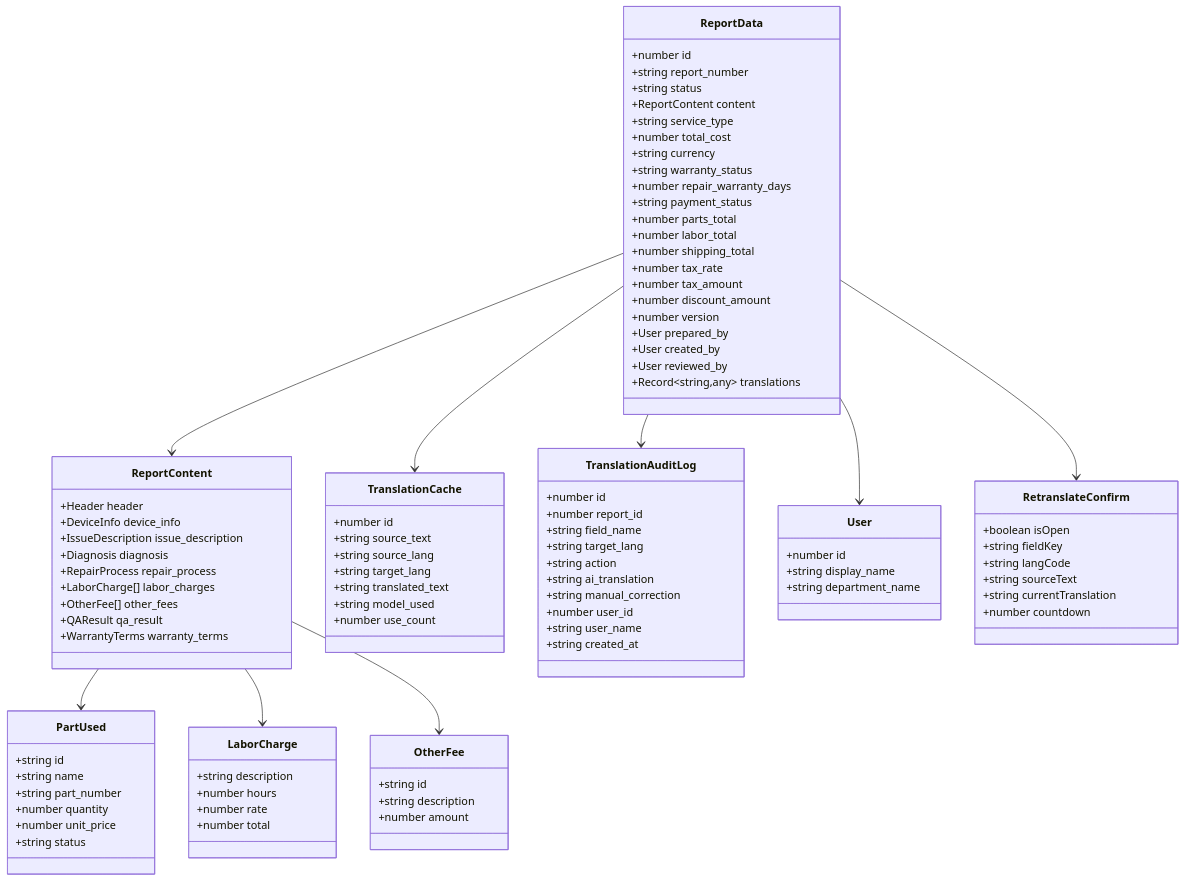
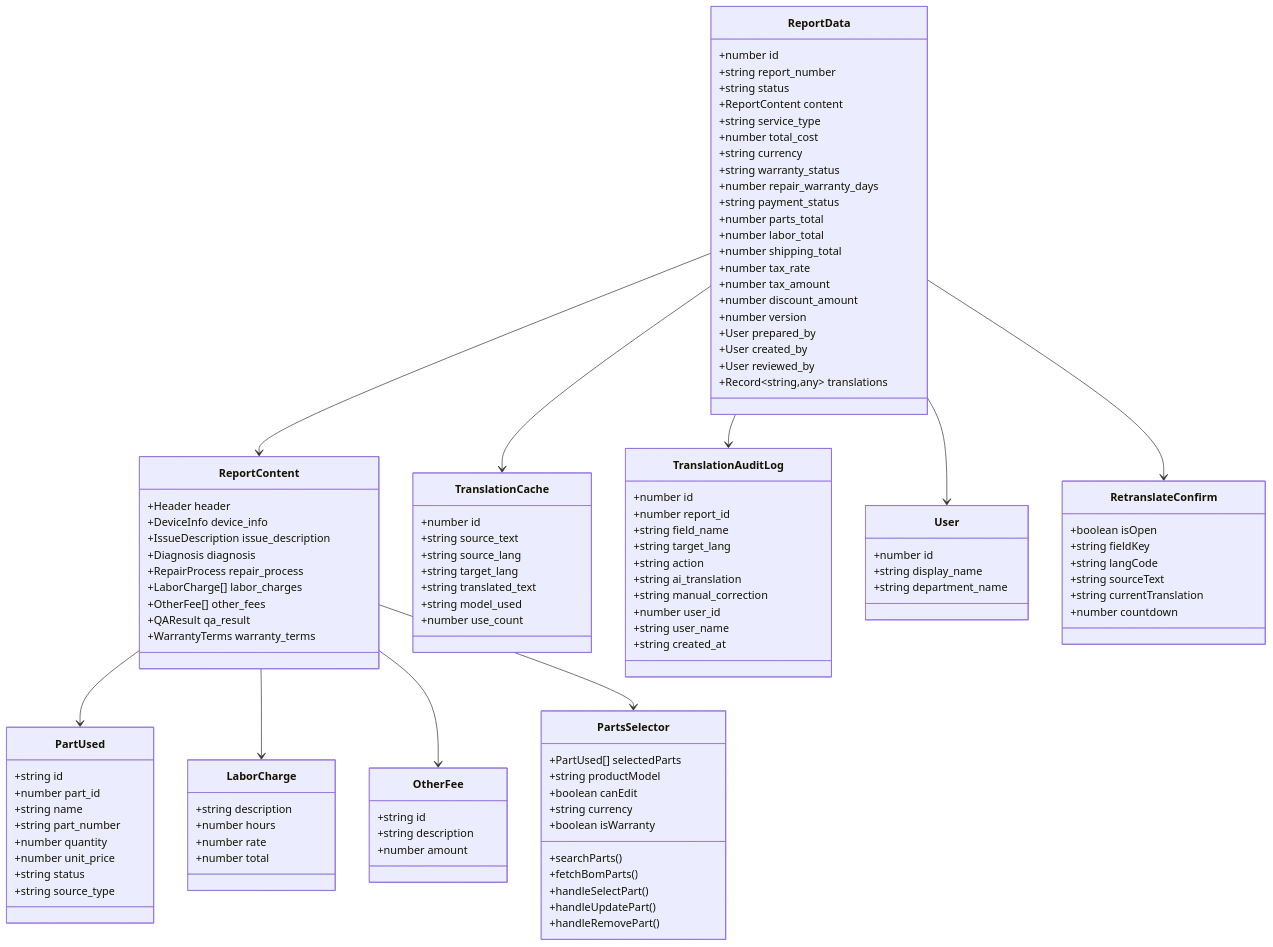
One commit to CubeEdge/Longhorn changed the second of 45 diagrams in .qoder/repowiki/zh/content/Repair Report Editor Component.md. Above: the diagram before and after it, drawn with Mermaid. The commit also changed other lines of this file and 28 other files, not shown here.

````diff
--- a/.qoder/repowiki/zh/content/Repair Report Editor Component.md
+++ b/.qoder/repowiki/zh/content/Repair Report Editor Component.md
@@ -146,11 +173,13 @@
 }
 class PartUsed {
 +string id
++number part_id
 +string name
 +string part_number
 +number quantity
 +number unit_price
 +string status
++string source_type
 }
 class LaborCharge {
 +string description
@@ -197,6 +226,18 @@
 +string currentTranslation
 +number countdown
 }
+class PartsSelector {
++PartUsed[] selectedParts
++string productModel
++boolean canEdit
++string currency
++boolean isWarranty
++searchParts()
++fetchBomParts()
++handleSelectPart()
++handleUpdatePart()
++handleRemovePart()
+}
 ReportData --> ReportContent
 ReportContent --> PartUsed
 ReportContent --> LaborCharge
@@ -205,4 +246,5 @@
 ReportData --> TranslationAuditLog
 ReportData --> User
 ReportData --> RetranslateConfirm
+ReportContent --> PartsSelector
 ```
````
